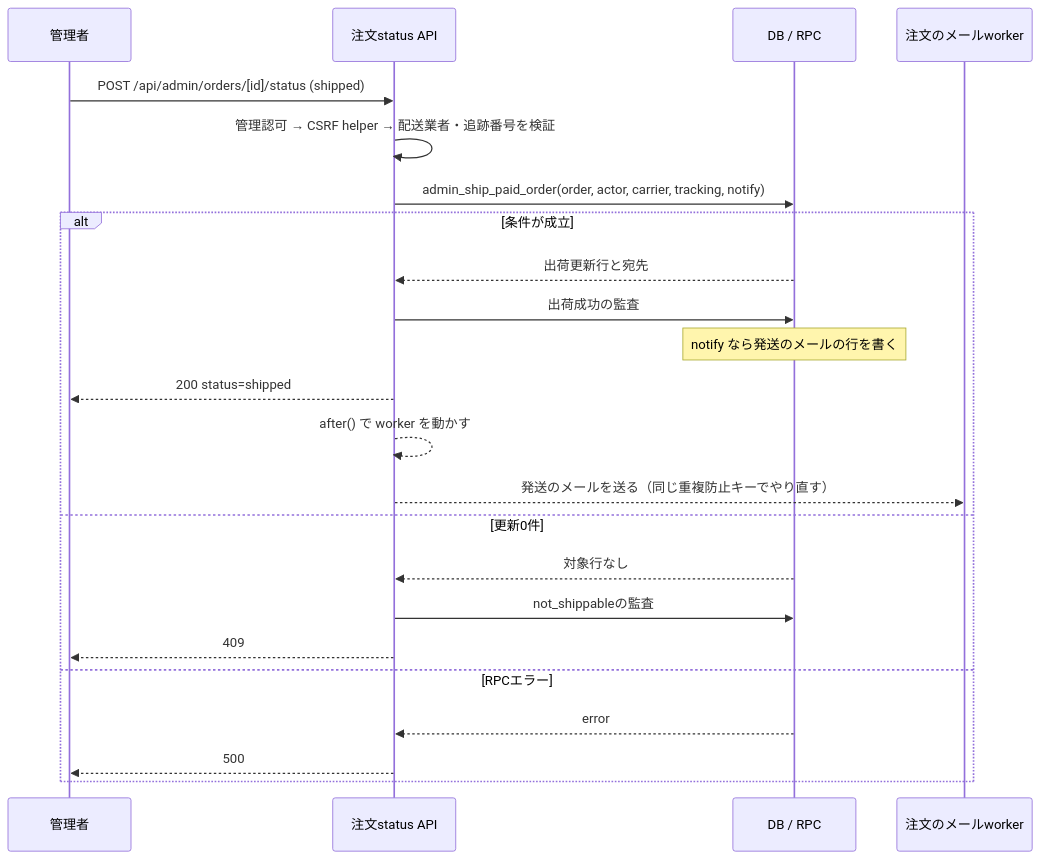
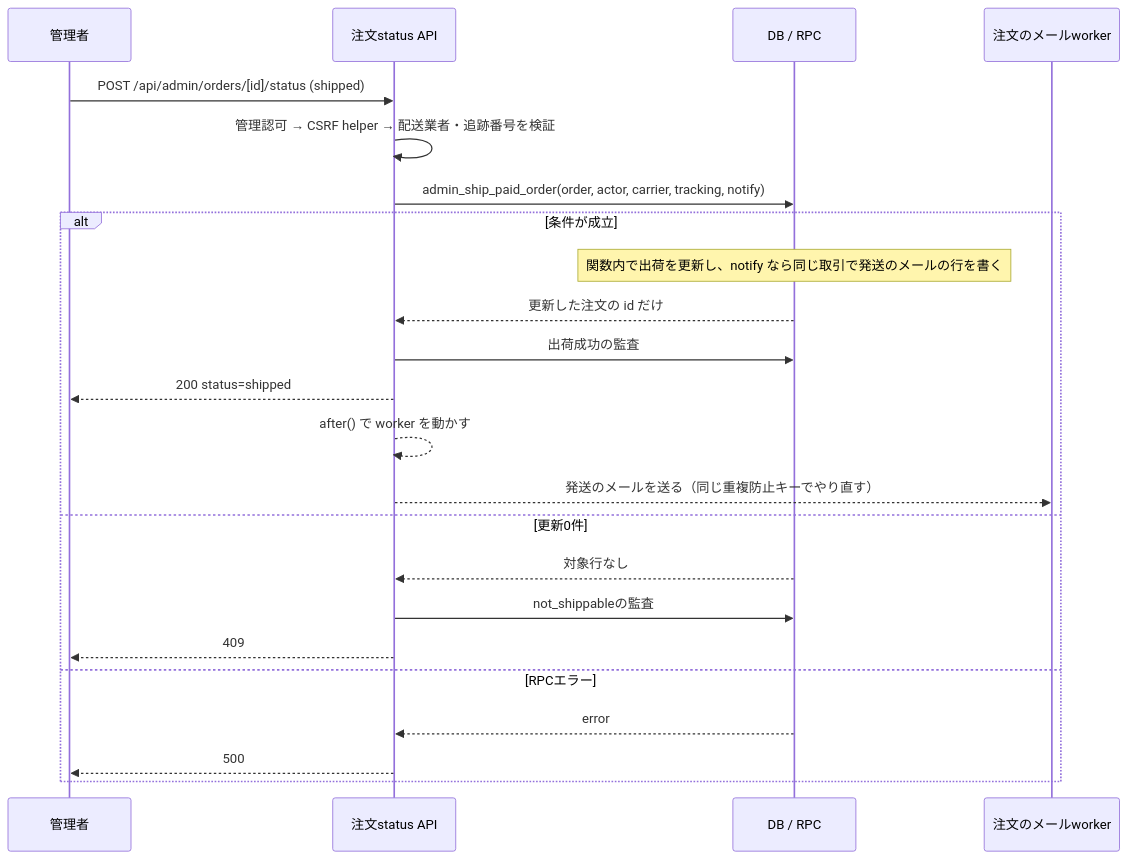
One commit to ChocoWork/o_official changed the second of 5 diagrams in docs/04_DetailDesign/sequence/order-administration.md. Above: the diagram before and after it, drawn with Mermaid. The commit also changed other lines of this file and 14 other files, not shown here.

````diff
--- a/docs/04_DetailDesign/sequence/order-administration.md
+++ b/docs/04_DetailDesign/sequence/order-administration.md
@@ -104,25 +105,25 @@
 ```mermaid
 sequenceDiagram
     participant Admin as 管理者
     participant API as 注文status API
     participant DB as DB / RPC
     participant Mail as 注文のメールworker
     Admin->>API: POST /api/admin/orders/[id]/status (shipped)
     API->>API: 管理認可 → CSRF helper → 配送業者・追跡番号を検証
     API->>DB: admin_ship_paid_order(order, actor, carrier, tracking, notify)
     alt 条件が成立
-        DB-->>API: 出荷更新行と宛先
+        Note over DB: 関数内で出荷を更新し、notify なら同じ取引で発送のメールの行を書く
+        DB-->>API: 更新した注文の id だけ
         API->>DB: 出荷成功の監査
-        Note over DB: notify なら発送のメールの行を書く
         API-->>Admin: 200 status=shipped
         API-->>API: after() で worker を動かす
         API-->>Mail: 発送のメールを送る（同じ重複防止キーでやり直す）
     else 更新0件
         DB-->>API: 対象行なし
         API->>DB: not_shippableの監査
         API-->>Admin: 409
     else RPCエラー
         DB-->>API: error
         API-->>Admin: 500
     end
 ```
````
